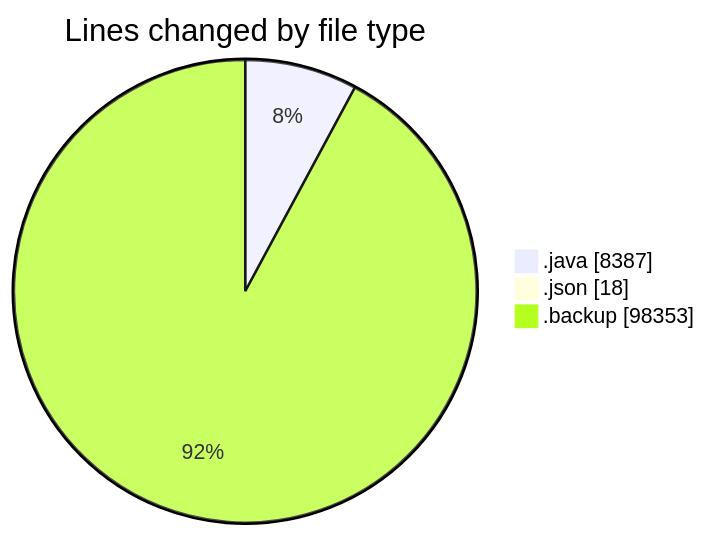
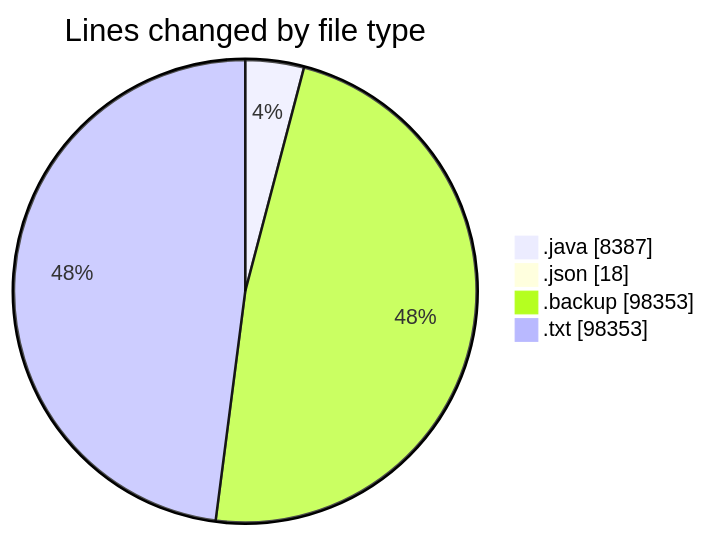
One commit to ricardozamudiocil/code-tracking changed the first of 2 diagrams in 2026-11-17/cilapp/README.md. Above: the diagram before and after it, drawn with Mermaid. The commit also changed other lines of this file and 1 other file, not shown here.

````diff
--- a/2026-11-17/cilapp/README.md
+++ b/2026-11-17/cilapp/README.md
@@ -26,7 +27,8 @@
 ```mermaid
 pie showData
 title Lines changed by file type
 ".java" : 8387
 ".json" : 18
 ".backup" : 98353
+".txt" : 98353
 ```
````
